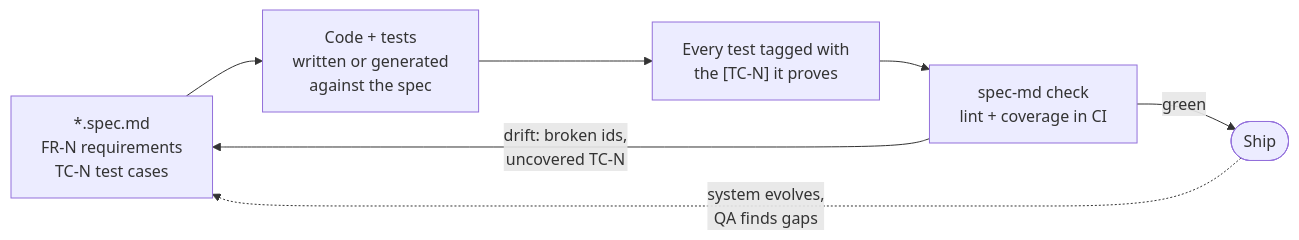
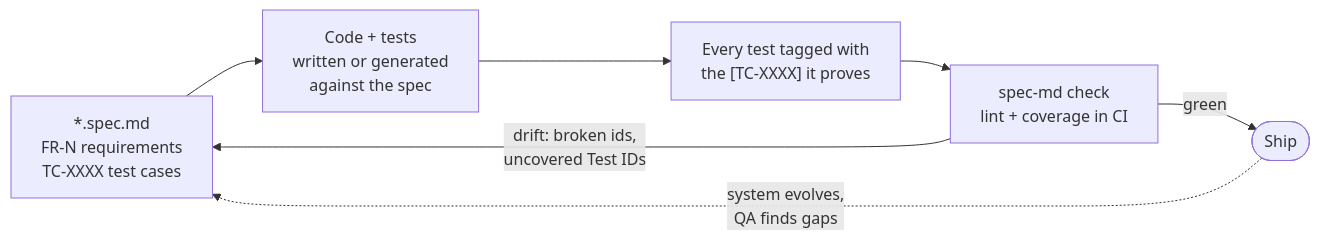
One commit to rosenjcb/spec-md changed the first of 3 diagrams in README.md. Above: the diagram before and after it, drawn with Mermaid. The commit also changed other lines of this file and 43 other files, not shown here.

First line of the commit message:
Stable TC-XXXX test ids and spec-md rebrand (#18)

````diff
--- a/README.md
+++ b/README.md
@@ -83,12 +83,12 @@
 ```mermaid
 flowchart LR
-    spec["*.spec.md<br/>FR-N requirements<br/>TC-N test cases"]
+    spec["*.spec.md<br/>FR-N requirements<br/>TC-XXXX test cases"]
     build["Code + tests<br/>written or generated<br/>against the spec"]
-    tags["Every test tagged with<br/>the [TC-N] it proves"]
+    tags["Every test tagged with<br/>the [TC-XXXX] it proves"]
     check["spec-md check<br/>lint + coverage in CI"]
 
     spec --> build --> tags --> check
-    check -- "drift: broken ids,<br/>uncovered TC-N" --> spec
+    check -- "drift: broken ids,<br/>uncovered Test IDs" --> spec
     check -- green --> ship([Ship])
     ship -. "system evolves,<br/>QA finds gaps" .-> spec
 ```
````
